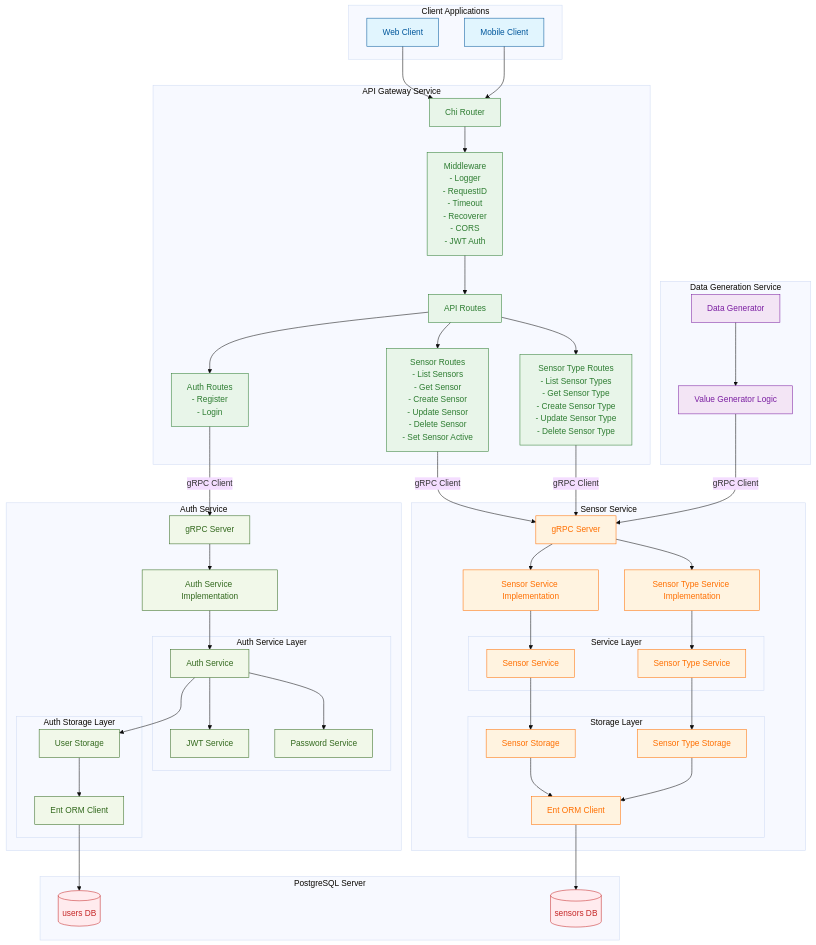
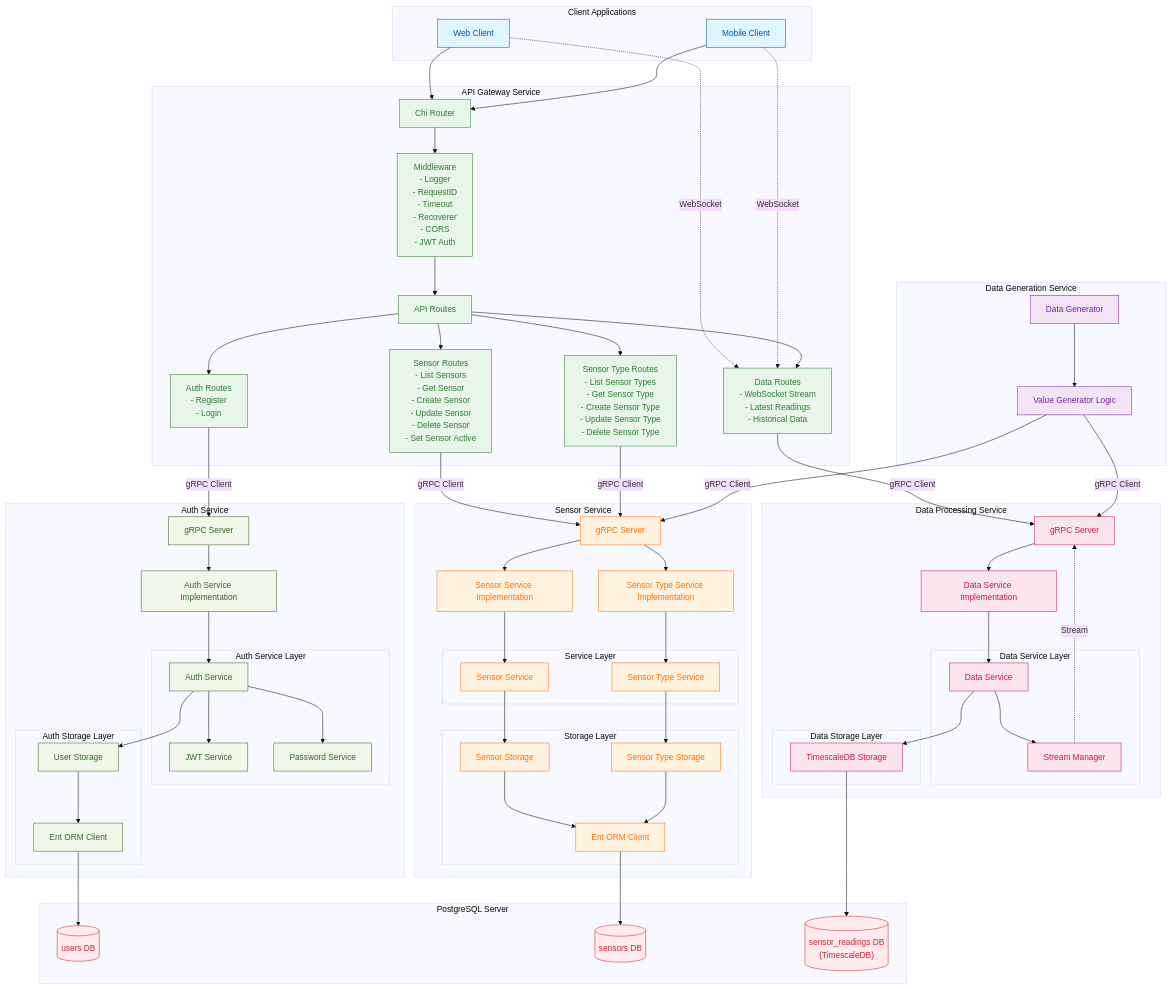
The diagram in README.md (fkula5/iot-monitor-backend), drawn with Mermaid (base theme) before and after one commit. The commit also changed other lines of this file, not shown here.

````diff
--- a/README.md
+++ b/README.md
@@ -33,6 +38,7 @@
         SensorRoutes["Sensor Routes</br>- List Sensors</br>- Get Sensor</br>- Create Sensor</br>- Update Sensor</br>- Delete Sensor</br>- Set Sensor Active"]
         SensorTypeRoutes["Sensor Type Routes</br>- List Sensor Types</br>- Get Sensor Type</br>- Create Sensor Type</br>- Update Sensor Type</br>- Delete Sensor Type"]
         AuthRoutes["Auth Routes</br>- Register</br>- Login"]
+        DataRoutes["Data Routes</br>- WebSocket Stream</br>- Latest Readings</br>- Historical Data"]
     end
 
     %% Auth Service
@@ -70,10 +76,26 @@
         end
     end
 
+    %% Data Processing Service
+    subgraph "Data Processing Service"
+        DataGrpcServer["gRPC Server"]
+        DataServiceImpl["Data Service Implementation"]
+
+        subgraph "Data Service Layer"
+            DataService["Data Service"]
+            StreamManager["Stream Manager"]
+        end
+
+        subgraph "Data Storage Layer"
+            TimescaleStorage["TimescaleDB Storage"]
+        end
+    end
+
     %% Database Server
     subgraph "PostgreSQL Server"
         AuthPostgresDB[(users DB)]
-        PostgresDB[(sensors DB)]
+        SensorsDB[(sensors DB)]
+        DataDB[("sensor_readings DB</br>(TimescaleDB)")]
     end
 
     %% Data Generation Service
@@ -86,6 +108,8 @@
     %% Client to API Gateway
     WebClient --> ChiRouter
     MobileClient --> ChiRouter
+    WebClient -.WebSocket.-> DataRoutes
+    MobileClient -.WebSocket.-> DataRoutes
 
     %% API Gateway internal connections
     ChiRouter --> Middleware
@@ -93,11 +117,13 @@
     ApiRoutes --> SensorRoutes
     ApiRoutes --> SensorTypeRoutes
     ApiRoutes --> AuthRoutes
+    ApiRoutes --> DataRoutes
 
     %% API Gateway to Services
     AuthRoutes -- "gRPC Client" --> AuthGrpcServer
     SensorRoutes -- "gRPC Client" --> GrpcServer
     SensorTypeRoutes -- "gRPC Client" --> GrpcServer
+    DataRoutes -- "gRPC Client" --> DataGrpcServer
 
     %% Auth Service internal connections
     AuthGrpcServer --> AuthServiceImpl
@@ -117,25 +143,36 @@
     SensorTypeService --> SensorTypeStorage
     SensorStorage --> EntClient
     SensorTypeStorage --> EntClient
-    EntClient --> PostgresDB
+    EntClient --> SensorsDB
+
+    %% Data Processing Service internal connections
+    DataGrpcServer --> DataServiceImpl
+    DataServiceImpl --> DataService
+    DataService --> StreamManager
+    DataService --> TimescaleStorage
+    StreamManager -.Stream.-> DataGrpcServer
+    TimescaleStorage --> DataDB
 
     %% Data Generation Service connections
     Generator --> ValueGenerator
     ValueGenerator -- "gRPC Client" --> GrpcServer
+    ValueGenerator -- "gRPC Client" --> DataGrpcServer
 
     %% Style definitions
     classDef client fill:#e1f5fe,stroke:#01579b,color:#01579b
     classDef apiGateway fill:#e8f5e9,stroke:#2e7d32,color:#2e7d32
     classDef authService fill:#f1f8e9,stroke:#33691e,color:#33691e
     classDef sensorService fill:#fff3e0,stroke:#ff6f00,color:#ff6f00
+    classDef dataService fill:#fce4ec,stroke:#c2185b,color:#c2185b
     classDef dataGeneration fill:#f3e5f5,stroke:#7b1fa2,color:#7b1fa2
     classDef database fill:#ffebee,stroke:#c62828,color:#c62828
 
     %% Apply styles
     class WebClient,MobileClient client
-    class ChiRouter,ApiRoutes,Middleware,SensorRoutes,SensorTypeRoutes,AuthRoutes apiGateway
+    class ChiRouter,ApiRoutes,Middleware,SensorRoutes,SensorTypeRoutes,AuthRoutes,DataRoutes apiGateway
     class AuthGrpcServer,AuthServiceImpl,AuthService,JWTService,PasswordService,UserStorage,AuthEntClient authService
     class GrpcServer,SensorServiceImpl,SensorTypeServiceImpl,SensorService,SensorTypeService,SensorStorage,SensorTypeStorage,EntClient sensorService
+    class DataGrpcServer,DataServiceImpl,DataService,StreamManager,TimescaleStorage dataService
     class Generator,ValueGenerator dataGeneration
-    class AuthPostgresDB,PostgresDB database
+    class AuthPostgresDB,SensorsDB,DataDB database
 ```
````
